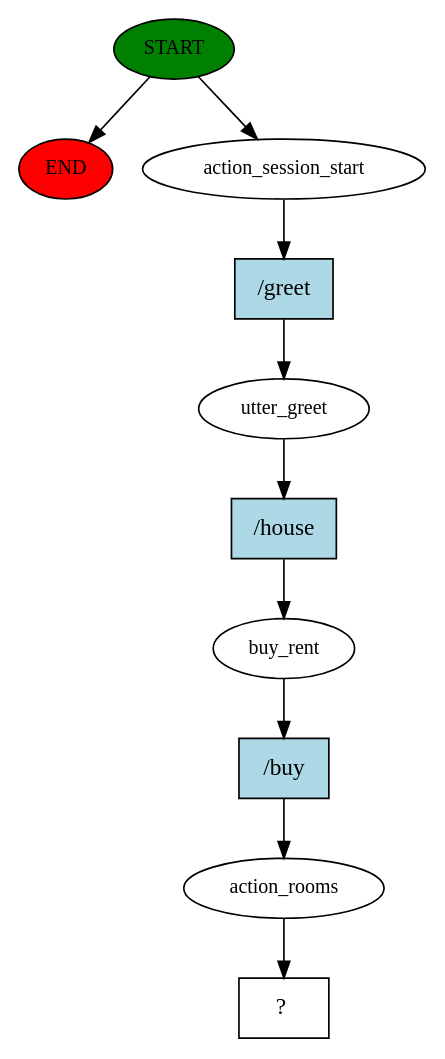
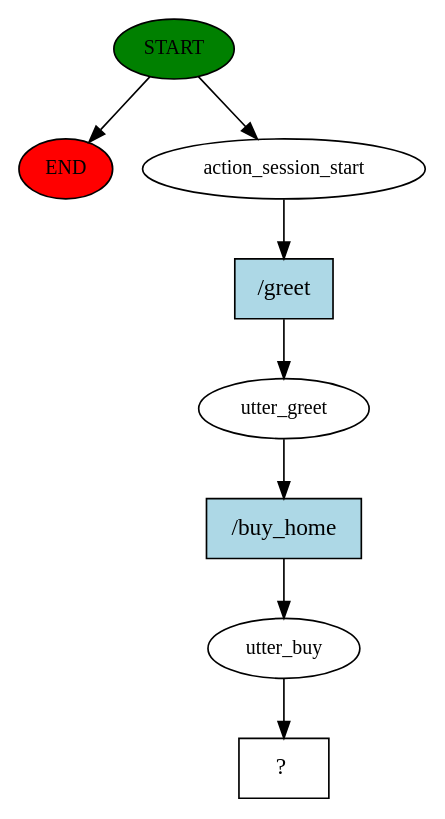
Before and after one commit to JeremiahKamama/real: the diagram in story_graph.dot, drawn with Graphviz. The commit also changed 49 other files, not shown here.

```diff
--- a/story_graph.dot
+++ b/story_graph.dot
@@ -1,21 +1,17 @@
 digraph  {
 0 [class="start active", fillcolor=green, fontsize=12, label=START, style=filled];
 "-1" [class=end, fillcolor=red, fontsize=12, label=END, style=filled];
 1 [class=active, fontsize=12, label=action_session_start];
 2 [class=active, fontsize=12, label=utter_greet];
-3 [class=active, fontsize=12, label=buy_rent];
-4 [class=active, fontsize=12, label=action_rooms];
-5 [class="intent dashed active", label="  ?  ", shape=rect];
-6 [class="intent active", fillcolor=lightblue, label="/greet", shape=rect, style=filled];
-7 [class="intent active", fillcolor=lightblue, label="/house", shape=rect, style=filled];
-8 [class="intent active", fillcolor=lightblue, label="/buy", shape=rect, style=filled];
+3 [class=active, fontsize=12, label=utter_buy];
+4 [class="intent dashed active", label="  ?  ", shape=rect];
+5 [class="intent active", fillcolor=lightblue, label="/greet", shape=rect, style=filled];
+6 [class="intent active", fillcolor=lightblue, label="/buy_home", shape=rect, style=filled];
 0 -> "-1"  [class="", key=NONE, label=""];
 0 -> 1  [class=active, key=NONE, label=""];
-1 -> 6  [class=active, key=0];
-2 -> 7  [class=active, key=0];
-3 -> 8  [class=active, key=0];
-4 -> 5  [class=active, key=NONE, label=""];
-6 -> 2  [class=active, key=0];
-7 -> 3  [class=active, key=0];
-8 -> 4  [class=active, key=0];
+1 -> 5  [class=active, key=0];
+2 -> 6  [class=active, key=0];
+3 -> 4  [class=active, key=NONE, label=""];
+5 -> 2  [class=active, key=0];
+6 -> 3  [class=active, key=0];
 }
```
